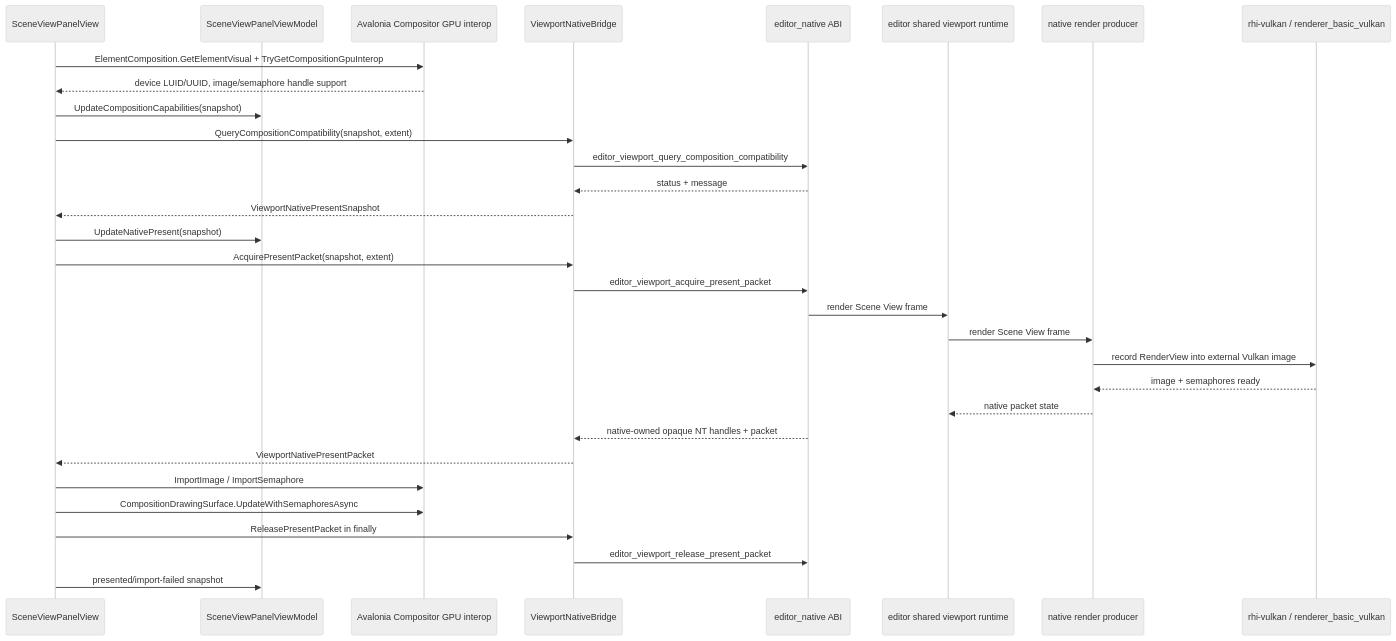
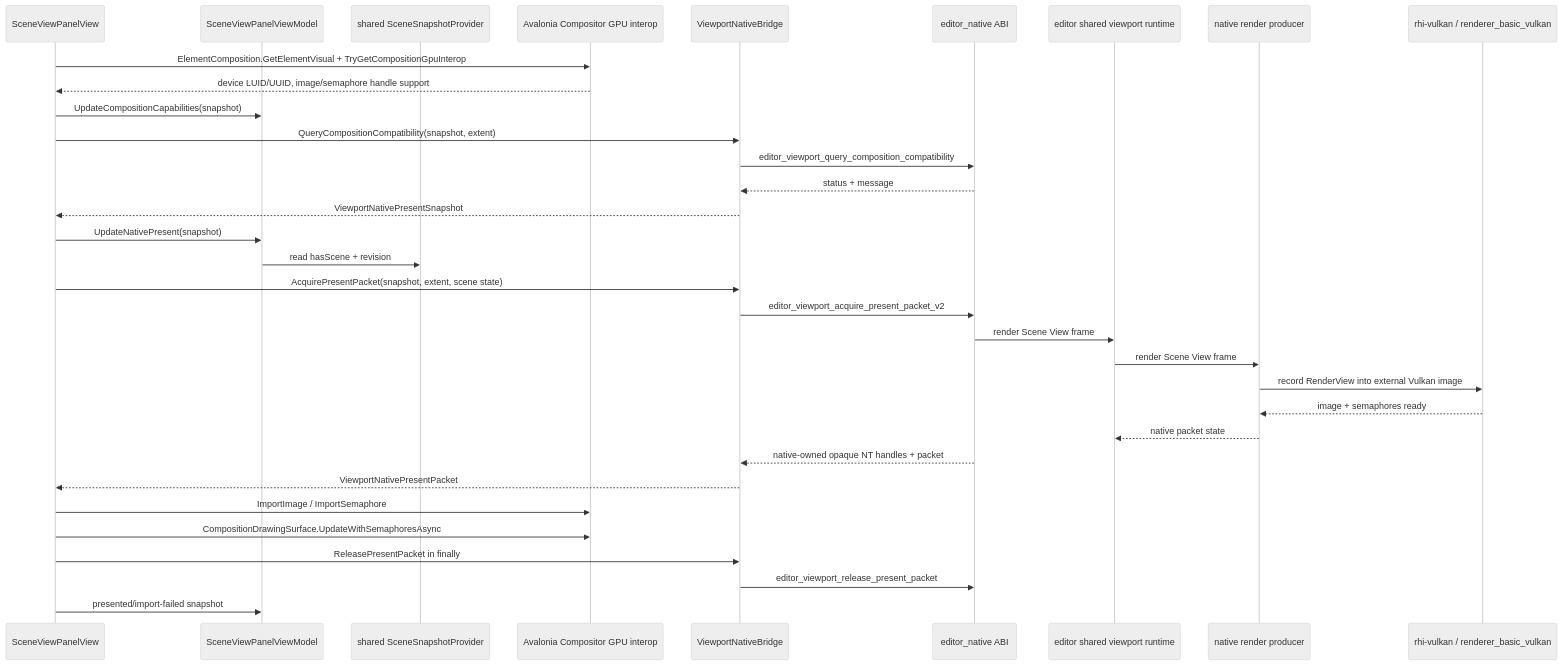
One commit to 66six11/Engine changed the ninth of 23 diagrams in docs/architecture/flow.md. Above: the diagram before and after it, drawn with Mermaid (neutral theme). The commit also changed other lines of this file and 27 other files, not shown here.

````diff
--- a/docs/architecture/flow.md
+++ b/docs/architecture/flow.md
@@ -574,34 +574,36 @@
 ```mermaid
 sequenceDiagram
     participant View as SceneViewPanelView
     participant VM as SceneViewPanelViewModel
+    participant Scene as shared SceneSnapshotProvider
     participant Avalonia as Avalonia Compositor GPU interop
     participant Bridge as ViewportNativeBridge
     participant Native as editor_native ABI
     participant Runtime as editor shared viewport runtime
     participant Producer as native render producer
     participant RHI as rhi-vulkan / renderer_basic_vulkan
 
     View->>Avalonia: ElementComposition.GetElementVisual + TryGetCompositionGpuInterop
     Avalonia-->>View: device LUID/UUID, image/semaphore handle support
     View->>VM: UpdateCompositionCapabilities(snapshot)
     View->>Bridge: QueryCompositionCompatibility(snapshot, extent)
     Bridge->>Native: editor_viewport_query_composition_compatibility
     Native-->>Bridge: status + message
     Bridge-->>View: ViewportNativePresentSnapshot
     View->>VM: UpdateNativePresent(snapshot)
-    View->>Bridge: AcquirePresentPacket(snapshot, extent)
-    Bridge->>Native: editor_viewport_acquire_present_packet
+    VM->>Scene: read hasScene + revision
+    View->>Bridge: AcquirePresentPacket(snapshot, extent, scene state)
+    Bridge->>Native: editor_viewport_acquire_present_packet_v2
     Native->>Runtime: render Scene View frame
     Runtime->>Producer: render Scene View frame
     Producer->>RHI: record RenderView into external Vulkan image
     RHI-->>Producer: image + semaphores ready
     Producer-->>Runtime: native packet state
     Native-->>Bridge: native-owned opaque NT handles + packet
     Bridge-->>View: ViewportNativePresentPacket
     View->>Avalonia: ImportImage / ImportSemaphore
     View->>Avalonia: CompositionDrawingSurface.UpdateWithSemaphoresAsync
     View->>Bridge: ReleasePresentPacket in finally
     Bridge->>Native: editor_viewport_release_present_packet
     View->>VM: presented/import-failed snapshot
 ```
````
